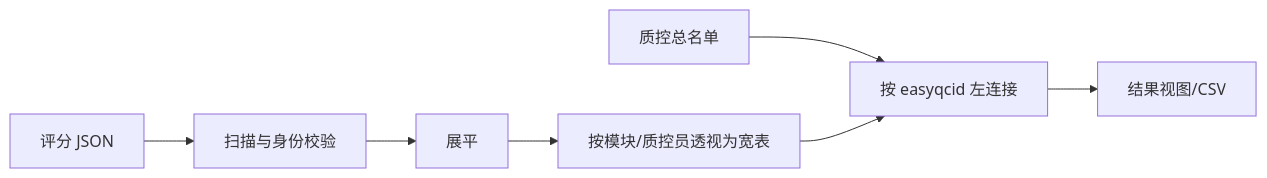
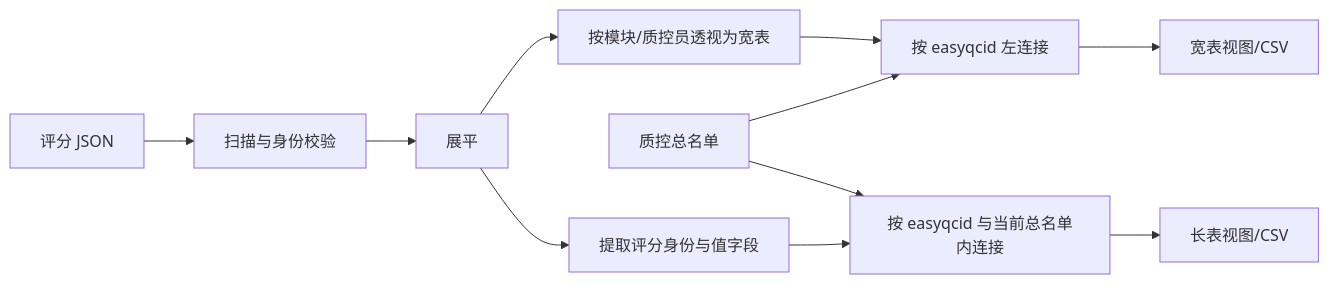
One commit to chongjing-luo/easyqc changed the second of 2 diagrams in docs/guide/02-core-logic-and-flexibility.md. Above: the diagram before and after it, drawn with Mermaid. The commit also changed other lines of this file and 84 other files, not shown here.

````diff
--- a/docs/guide/02-core-logic-and-flexibility.md
+++ b/docs/guide/02-core-logic-and-flexibility.md
@@ -158,9 +162,13 @@
 ```mermaid
 flowchart LR
     J[评分 JSON] --> S[扫描与身份校验]
     S --> F[展平]
     F --> W[按模块/质控员透视为宽表]
+    F --> P[提取评分身份与值字段]
     L[质控总名单] --> M[按 easyqcid 左连接]
     W --> M
-    M --> T[结果视图/CSV]
+    M --> T[宽表视图/CSV]
+    P --> I[按 easyqcid 与当前总名单内连接]
+    L --> I
+    I --> R[长表视图/CSV]
 ```
````
